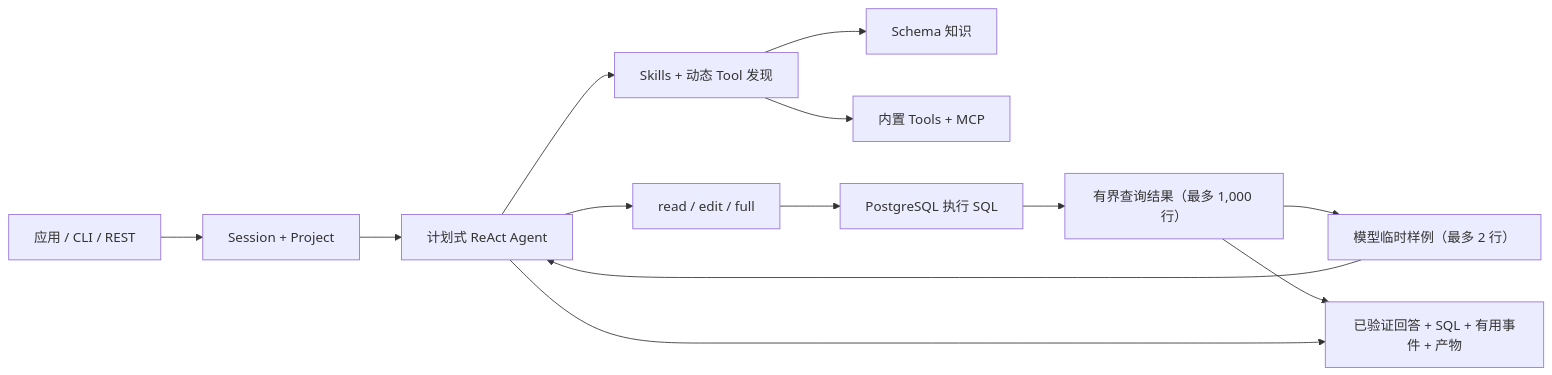
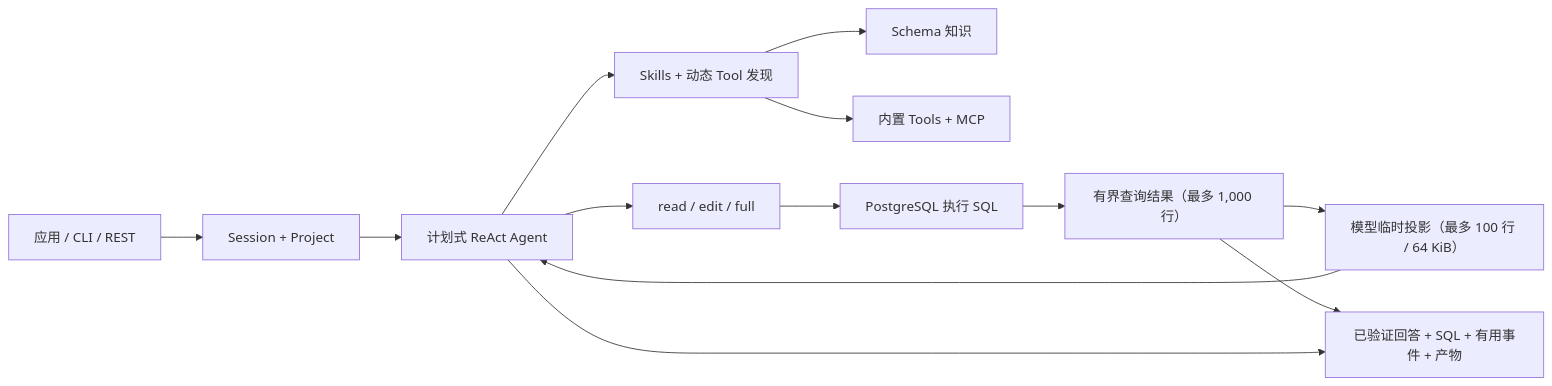
The diagram in README.zh-CN.md (SylvanasW1ndrunner/Nexus), drawn with Mermaid before and after one commit. The commit also changed other lines of this file and 63 other files, not shown here.

Commit message:
fix: improve agent convergence, schema freshness, and packaging

````diff
--- a/README.zh-CN.md
+++ b/README.zh-CN.md
@@ -43,15 +43,15 @@
 ```mermaid
 flowchart LR
     User["应用 / CLI / REST"] --> Session["Session + Project"]
     Session --> Agent["计划式 ReAct Agent"]
     Agent --> Discover["Skills + 动态 Tool 发现"]
     Discover --> Knowledge["Schema 知识"]
     Discover --> Extensions["内置 Tools + MCP"]
     Agent --> Policy["read / edit / full"]
     Policy --> PostgreSQL["PostgreSQL 执行 SQL"]
     PostgreSQL --> Results["有界查询结果（最多 1,000 行）"]
-    Results --> Preview["模型临时样例（最多 2 行）"]
+    Results --> Preview["模型临时投影（最多 100 行 / 64 KiB）"]
     Preview --> Agent
     Results --> Output["独立结果载荷"]
     Agent --> Output["已验证回答 + SQL + 有用事件 + 产物"]
 ```
````
